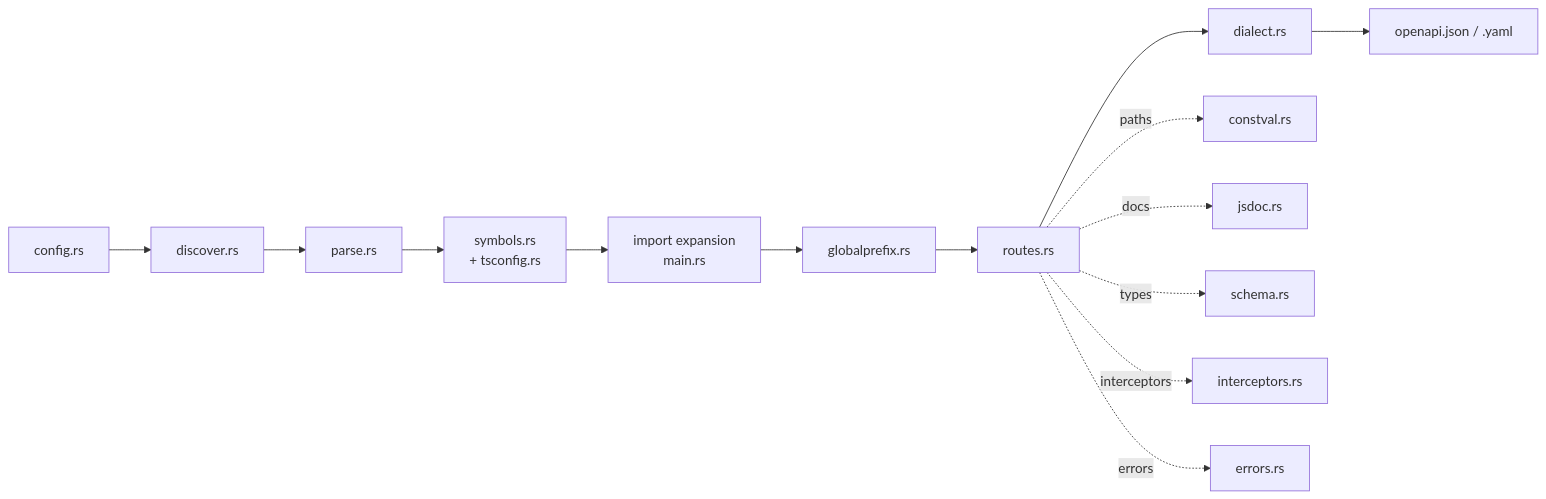
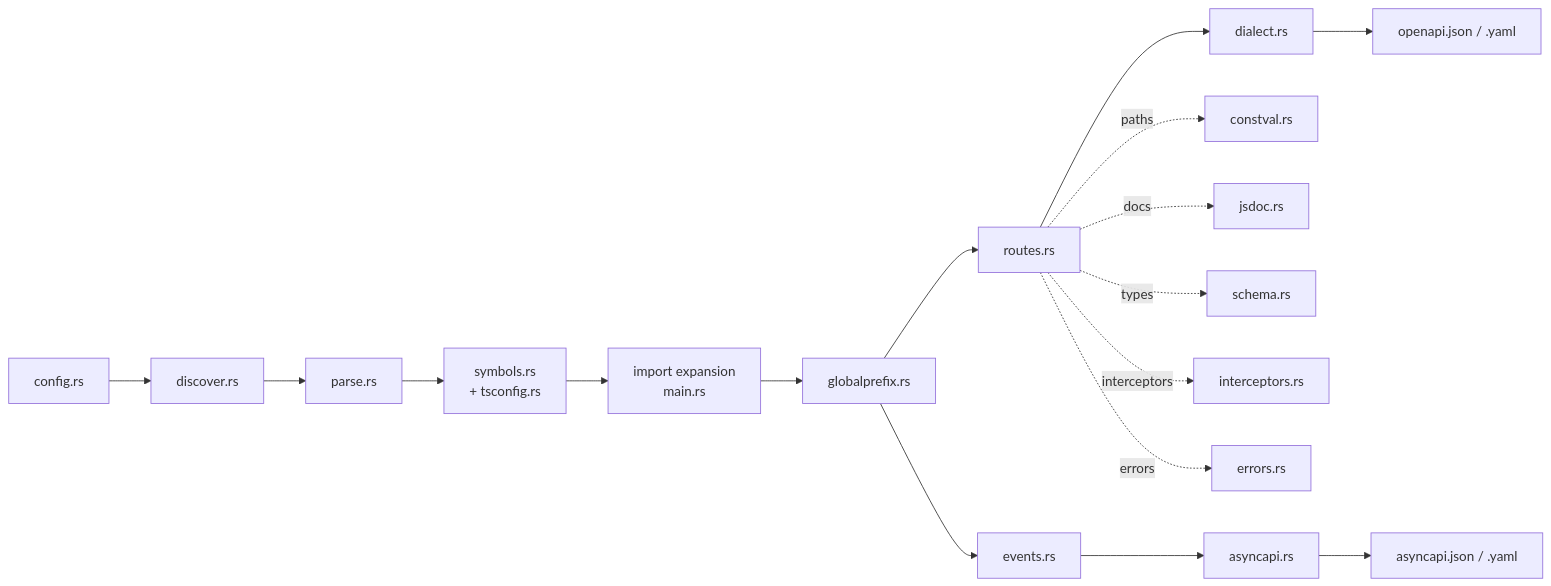
One commit to algoan/nestoa changed the diagram in docs/architecture.md. Above: the diagram before and after it, drawn with Mermaid. The commit also changed other lines of this file and 12 other files, not shown here.

First line of the commit message:
feat(asyncapi): document a service's message events

````diff
--- a/docs/architecture.md
+++ b/docs/architecture.md
@@ -11,16 +11,19 @@
 ```mermaid
 flowchart LR
     A[config.rs] --> B[discover.rs]
     B --> C[parse.rs]
     C --> D[symbols.rs<br/>+ tsconfig.rs]
     D --> E[import expansion<br/>main.rs]
     E --> F[globalprefix.rs]
     F --> G[routes.rs]
     G --> H[dialect.rs]
     H --> I[openapi.json / .yaml]
+    F --> J[events.rs]
+    J --> K[asyncapi.rs]
+    K --> L[asyncapi.json / .yaml]
     G -. paths .-> G1[constval.rs]
     G -. docs .-> G2[jsdoc.rs]
     G -. types .-> G3[schema.rs]
     G -. interceptors .-> G4[interceptors.rs]
     G -. errors .-> G5[errors.rs]
 ```
````
